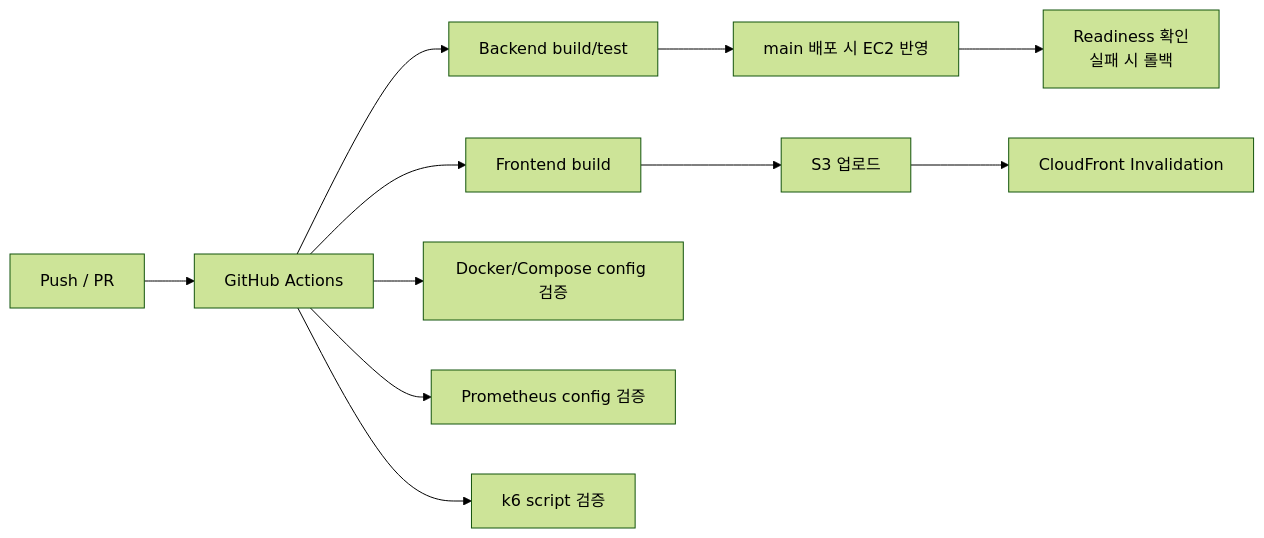
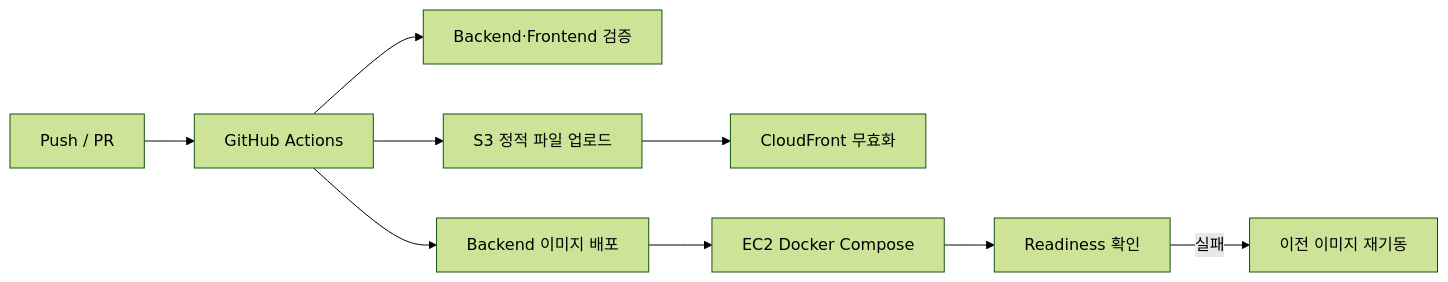
The third of 3 diagrams in README.md (Sungw0o/Booktown-V2), drawn with Mermaid (forest theme) before and after one commit. The commit also changed other lines of this file and 1 other file, not shown here.

````diff
--- a/README.md
+++ b/README.md
@@ -72,13 +79,11 @@
 ```mermaid
 flowchart LR
-    P["Push / PR"] --> C["GitHub Actions"]
-    C --> B1["Backend build/test"]
-    C --> B2["Frontend build"]
-    C --> B3["Docker/Compose config 검증"]
-    C --> B4["Prometheus config 검증"]
-    C --> B5["k6 script 검증"]
-    B1 --> D["main 배포 시 EC2 반영"]
-    B2 --> F["S3 업로드"]
-    F --> I["CloudFront Invalidation"]
-    D --> R["Readiness 확인<br/>실패 시 롤백"]
+    PUSH["Push / PR"] --> CI["GitHub Actions"]
+    CI --> TEST["Backend·Frontend 검증"]
+    CI --> IMAGE["Backend 이미지 배포"]
+    CI --> STATIC["S3 정적 파일 업로드"]
+    STATIC --> CDN["CloudFront 무효화"]
+    IMAGE --> EC2["EC2 Docker Compose"]
+    EC2 --> READY["Readiness 확인"]
+    READY -->|"실패"| ROLLBACK["이전 이미지 재기동"]
 ```
````
